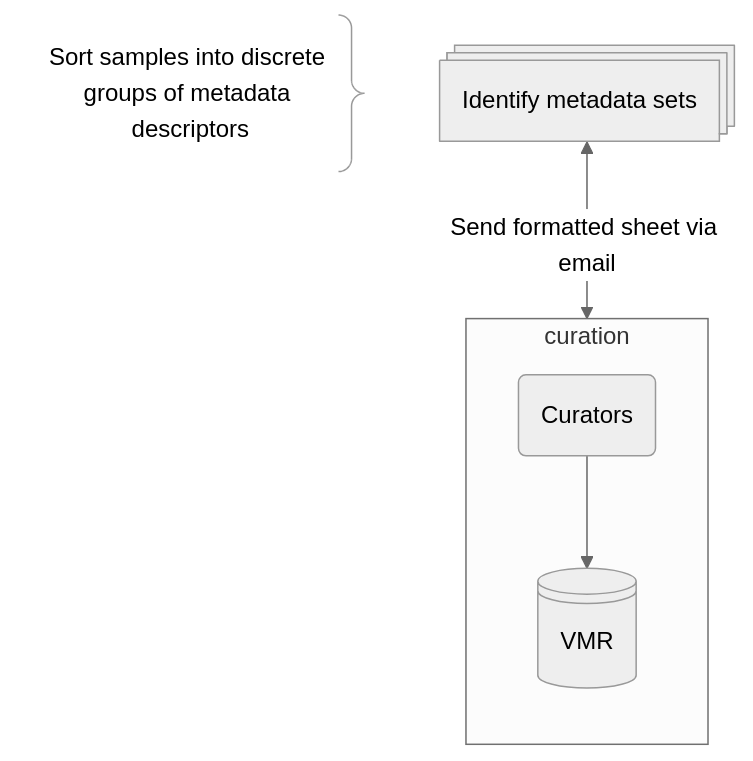
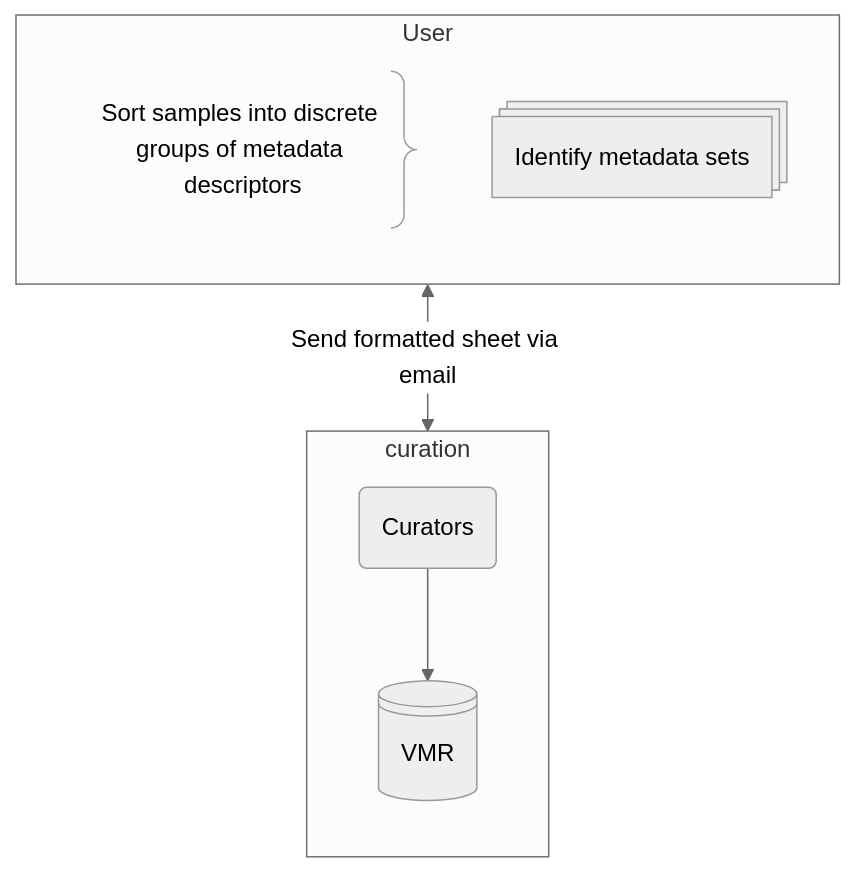
Before and after one commit to grdi-amr/docs-and-SOPs: the second of 2 diagrams in metadata_standards_sop.md, drawn with Mermaid (neutral theme).

Commit message:
add user subgraph

````diff
--- a/metadata_standards_sop.md
+++ b/metadata_standards_sop.md
@@ -107,17 +107,20 @@
 ```mermaid
 
 graph TD;
 
-A_note@{ shape: brace-r, label: "Sort samples into discrete groups of metadata descriptors"}
-A@{ shape: processes, label: "Identify metadata sets"}
+subgraph User
+    direction TB
+    A_note@{ shape: brace-r, label: "Sort samples into discrete groups of metadata descriptors"}
+    A@{ shape: processes, label: "Identify metadata sets"}
+end
 
 subgraph curation
     direction TB
     curators@{ shape: rounded, label: "Curators"}
     vmr@{ shape: lin-cyl, label: "VMR" }
     curators --> vmr
 end
 
 A <-- "Send formatted sheet via email" --> curators
 
 ```
````
